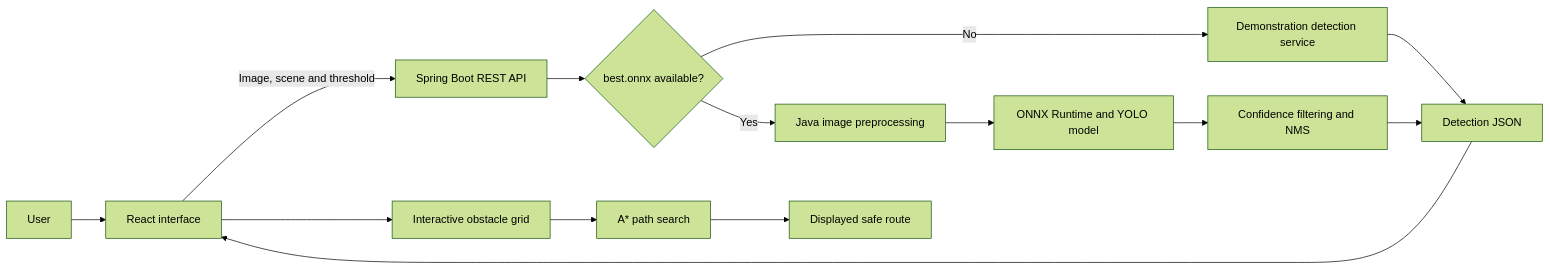
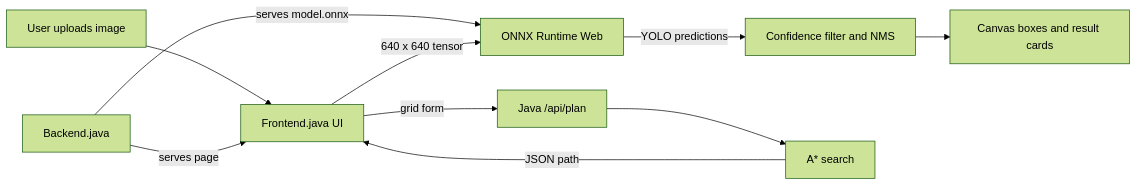
The diagram in README.md (Shushant-Kharate/YoLo), drawn with Mermaid (forest theme) before and after one commit. The commit also changed other lines of this file and 43 other files, not shown here.

````diff
--- a/README.md
+++ b/README.md
@@ -65,16 +56,12 @@
 ```mermaid
 flowchart LR
-    U[User] --> UI[React interface]
-    UI -->|Image, scene and threshold| API[Spring Boot REST API]
-    API --> CHECK{best.onnx available?}
-    CHECK -->|No| DEMO[Demonstration detection service]
-    CHECK -->|Yes| PRE[Java image preprocessing]
-    PRE --> ORT[ONNX Runtime and YOLO model]
-    ORT --> POST[Confidence filtering and NMS]
-    DEMO --> JSON[Detection JSON]
-    POST --> JSON
-    JSON --> UI
-    UI --> GRID[Interactive obstacle grid]
-    GRID --> ASTAR[A* path search]
-    ASTAR --> ROUTE[Displayed safe route]
+    U[User uploads image] --> UI[Frontend.java UI]
+    B[Backend.java] -->|serves page| UI
+    B -->|serves model.onnx| ORT[ONNX Runtime Web]
+    UI -->|640 x 640 tensor| ORT
+    ORT -->|YOLO predictions| NMS[Confidence filter and NMS]
+    NMS --> BOX[Canvas boxes and result cards]
+    UI -->|grid form| API[Java /api/plan]
+    API --> ASTAR[A* search]
+    ASTAR -->|JSON path| UI
 ```
````
